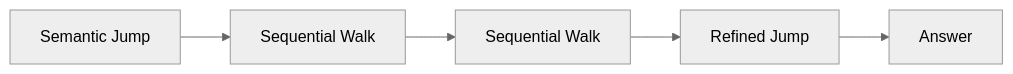
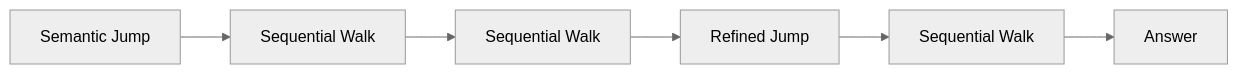
The tenth of 19 diagrams in README.md (vanshksingh/Thread-RAG), drawn with Mermaid (neutral theme) before and after one commit. The commit also changed other lines of this file, not shown here.

First line of the commit message:
Revise THREAD-RAG architecture details in README

````diff
--- a/README.md
+++ b/README.md
@@ -182,7 +214,8 @@
 ```mermaid
 flowchart LR
-Jump1[Semantic Jump] --> Walk1[Sequential Walk]
-Walk1 --> Walk2[Sequential Walk]
-Walk2 --> Jump2[Refined Jump]
-Jump2 --> Answer
+Jump1["Semantic Jump"] --> Walk1["Sequential Walk"]
+Walk1 --> Walk2["Sequential Walk"]
+Walk2 --> Jump2["Refined Jump"]
+Jump2 --> Walk3["Sequential Walk"]
+Walk3 --> Answer
 ```
````
